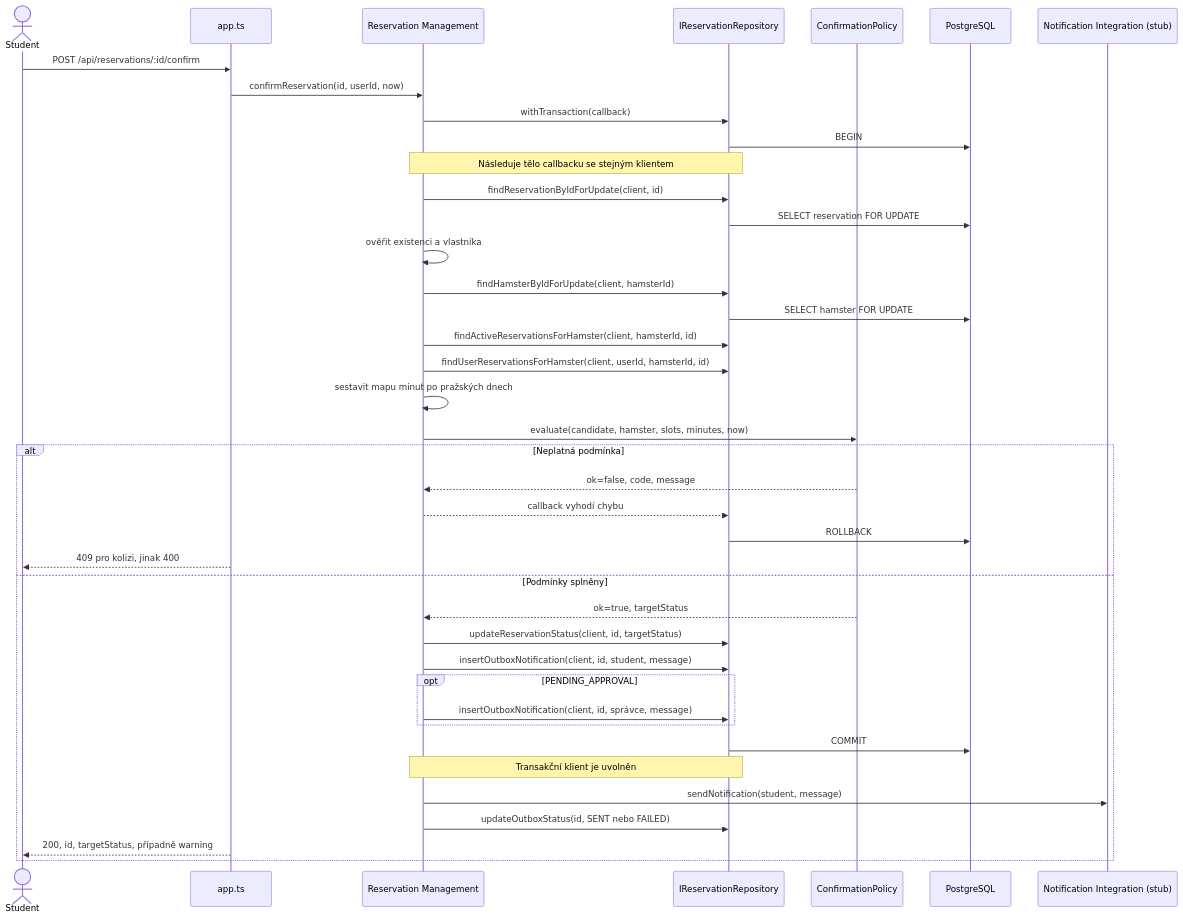
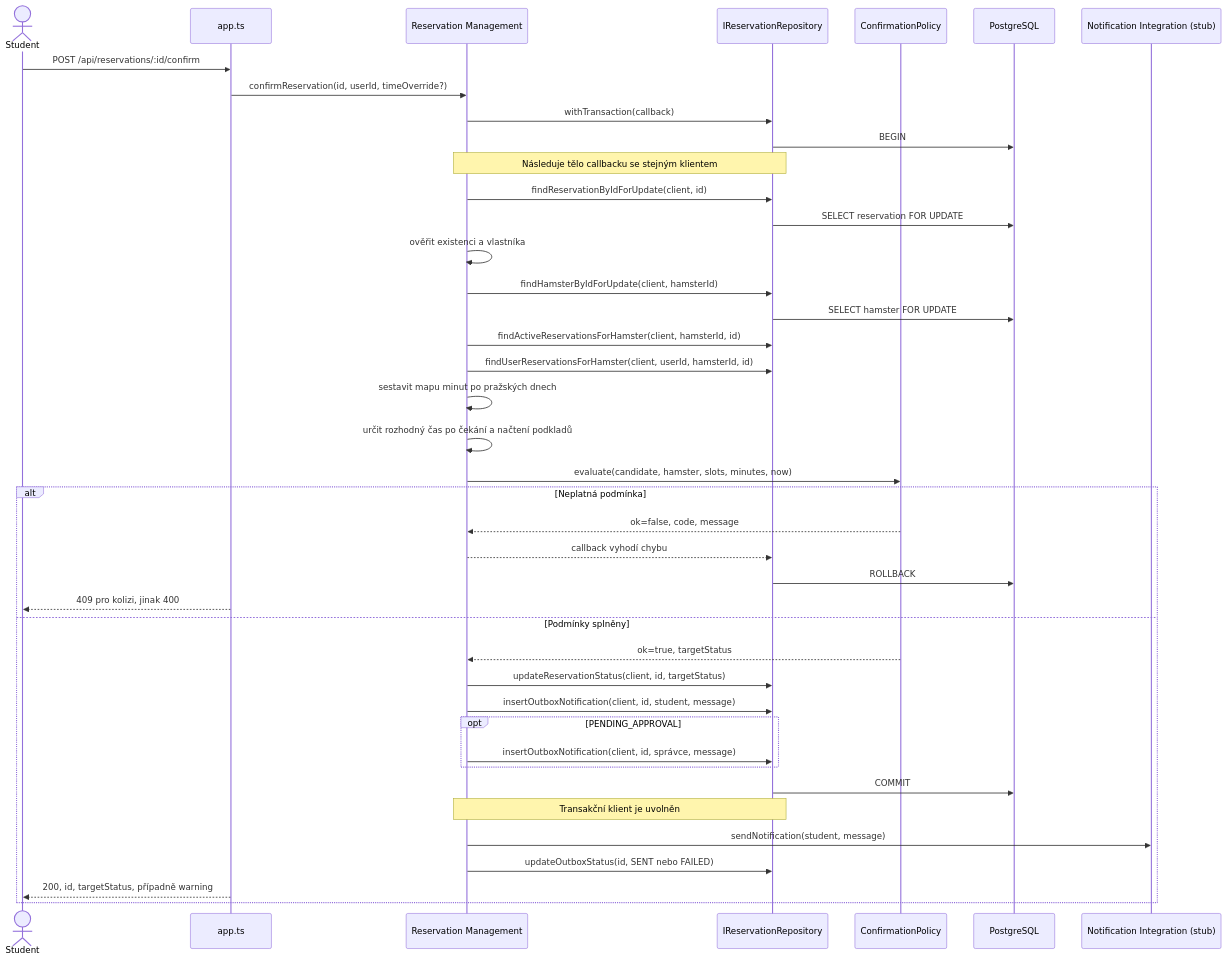
Before and after one commit to tomaskirnig/SWI_2027: the fifth of 8 diagrams in docs/architecture-and-decisions.md, drawn with Mermaid. The commit also changed other lines of this file and 7 other files, not shown here.

````diff
--- a/docs/architecture-and-decisions.md
+++ b/docs/architecture-and-decisions.md
@@ -654,42 +654,43 @@
 ```mermaid
 sequenceDiagram
     actor Student
     participant API as app.ts
     participant Svc as Reservation Management
     participant Repo as IReservationRepository
     participant Policy as ConfirmationPolicy
     participant DB as PostgreSQL
     participant Notif as Notification Integration (stub)
     Student->>API: POST /api/reservations/:id/confirm
-    API->>Svc: confirmReservation(id, userId, now)
+    API->>Svc: confirmReservation(id, userId, timeOverride?)
     Svc->>Repo: withTransaction(callback)
     Repo->>DB: BEGIN
     Note over Svc,Repo: Následuje tělo callbacku se stejným klientem
     Svc->>Repo: findReservationByIdForUpdate(client, id)
     Repo->>DB: SELECT reservation FOR UPDATE
     Svc->>Svc: ověřit existenci a vlastníka
     Svc->>Repo: findHamsterByIdForUpdate(client, hamsterId)
     Repo->>DB: SELECT hamster FOR UPDATE
     Svc->>Repo: findActiveReservationsForHamster(client, hamsterId, id)
     Svc->>Repo: findUserReservationsForHamster(client, userId, hamsterId, id)
     Svc->>Svc: sestavit mapu minut po pražských dnech
+    Svc->>Svc: určit rozhodný čas po čekání a načtení podkladů
     Svc->>Policy: evaluate(candidate, hamster, slots, minutes, now)
     alt Neplatná podmínka
         Policy-->>Svc: ok=false, code, message
         Svc-->>Repo: callback vyhodí chybu
         Repo->>DB: ROLLBACK
         API-->>Student: 409 pro kolizi, jinak 400
     else Podmínky splněny
         Policy-->>Svc: ok=true, targetStatus
         Svc->>Repo: updateReservationStatus(client, id, targetStatus)
         Svc->>Repo: insertOutboxNotification(client, id, student, message)
         opt PENDING_APPROVAL
             Svc->>Repo: insertOutboxNotification(client, id, správce, message)
         end
         Repo->>DB: COMMIT
         Note over Svc,Repo: Transakční klient je uvolněn
         Svc->>Notif: sendNotification(student, message)
         Svc->>Repo: updateOutboxStatus(id, SENT nebo FAILED)
         API-->>Student: 200, id, targetStatus, případně warning
     end
 ```
````
